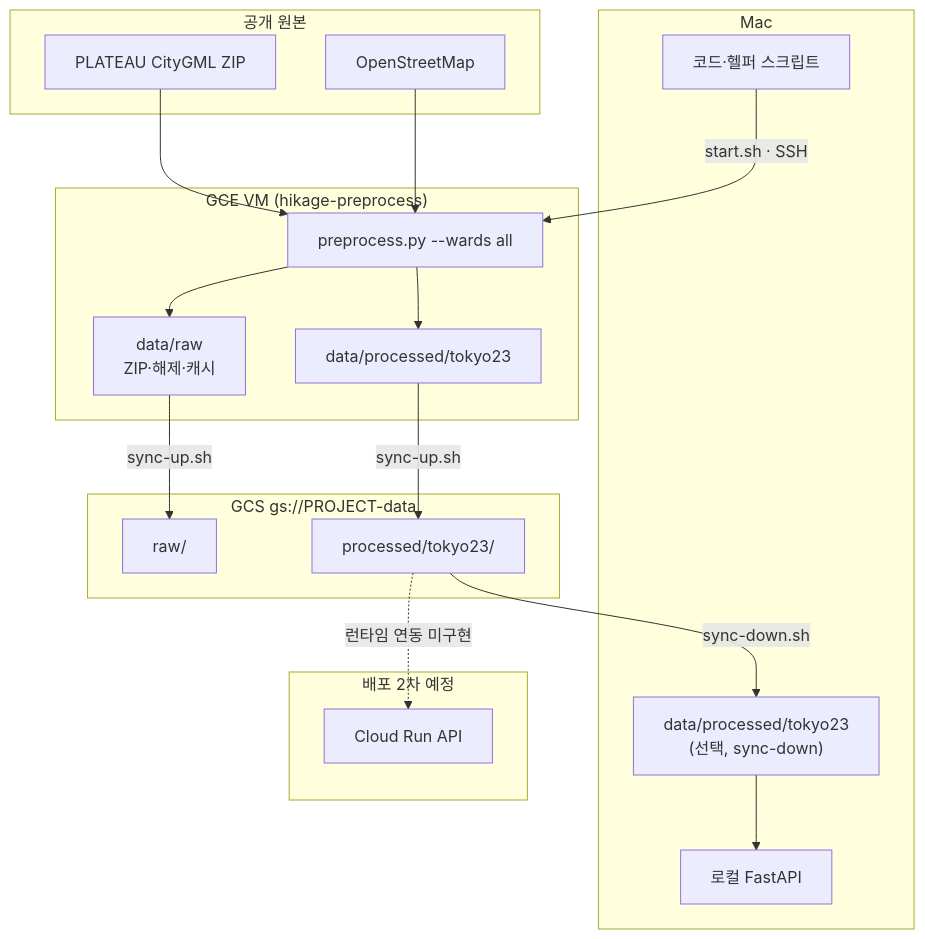
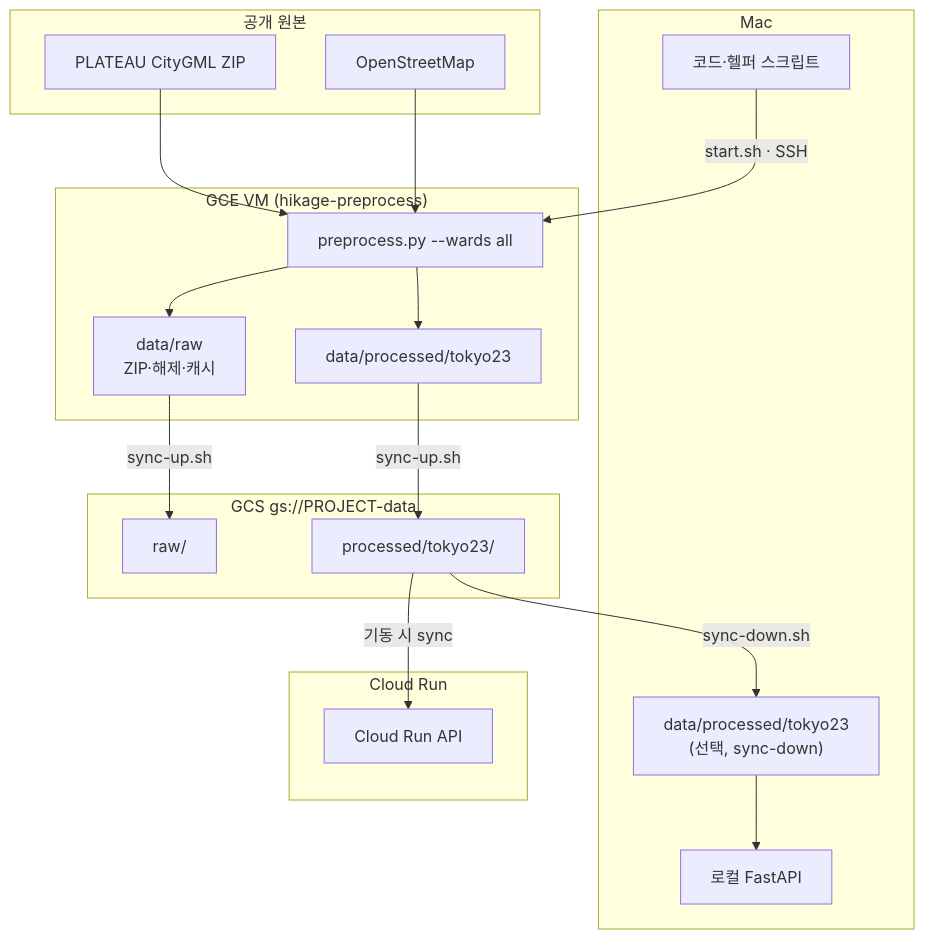
Before and after one commit to jungyeounjae/hikage-navi: the first of 2 diagrams in README.md, drawn with Mermaid. The commit also changed other lines of this file and 4 other files, not shown here.

Commit message:
fix: Cloud Run GCS sync 종료·wards 판정·경로 안전·README를 고친다

````diff
--- a/README.md
+++ b/README.md
@@ -55,39 +55,39 @@
 ```mermaid
 flowchart TB
   subgraph public [공개 원본]
     PLATEAU[PLATEAU CityGML ZIP]
     OSM[OpenStreetMap]
   end
 
   subgraph mac [Mac]
     CODE[코드·헬퍼 스크립트]
     PROC_LOCAL["data/processed/tokyo23<br/>(선택, sync-down)"]
     API_LOCAL[로컬 FastAPI]
   end
 
   subgraph gce ["GCE VM (hikage-preprocess)"]
     PRE["preprocess.py --wards all"]
     RAW_VM["data/raw<br/>ZIP·해제·캐시"]
     PROC_VM["data/processed/tokyo23"]
   end
 
   subgraph gcs ["GCS gs://PROJECT-data"]
     GCS_RAW["raw/"]
     GCS_PROC["processed/tokyo23/"]
   end
 
-  subgraph deploy [배포 2차 예정]
+  subgraph deploy [Cloud Run]
     CR[Cloud Run API]
   end
 
   PLATEAU --> PRE
   OSM --> PRE
   CODE -->|start.sh · SSH| PRE
   PRE --> RAW_VM
   PRE --> PROC_VM
   RAW_VM -->|sync-up.sh| GCS_RAW
   PROC_VM -->|sync-up.sh| GCS_PROC
   GCS_PROC -->|sync-down.sh| PROC_LOCAL
   PROC_LOCAL --> API_LOCAL
-  GCS_PROC -.->|런타임 연동 미구현| CR
+  GCS_PROC -->|기동 시 sync| CR
 ```
````
